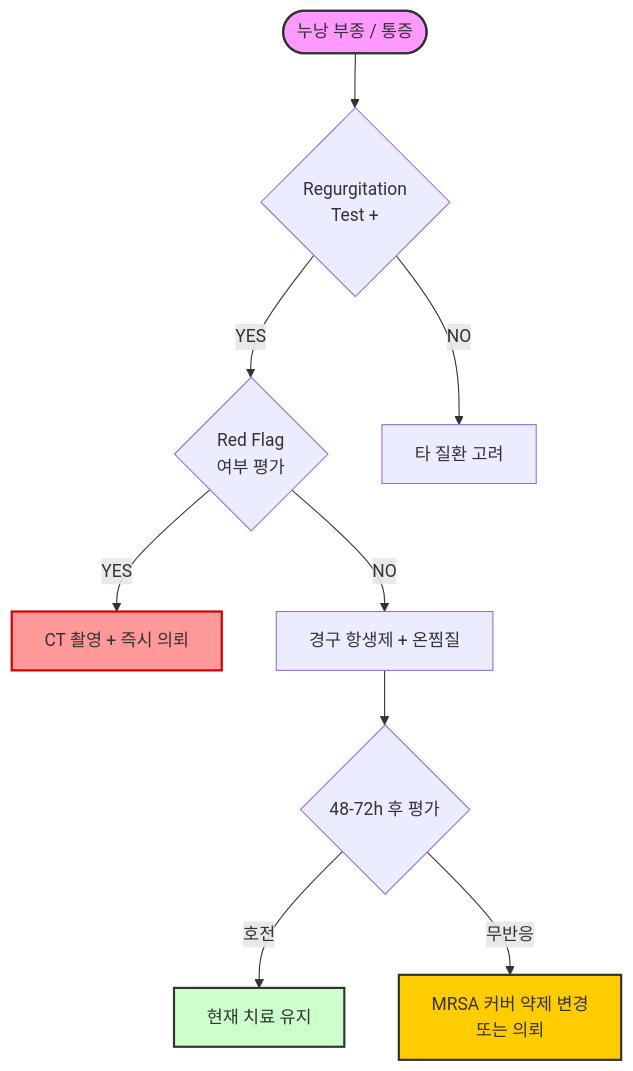
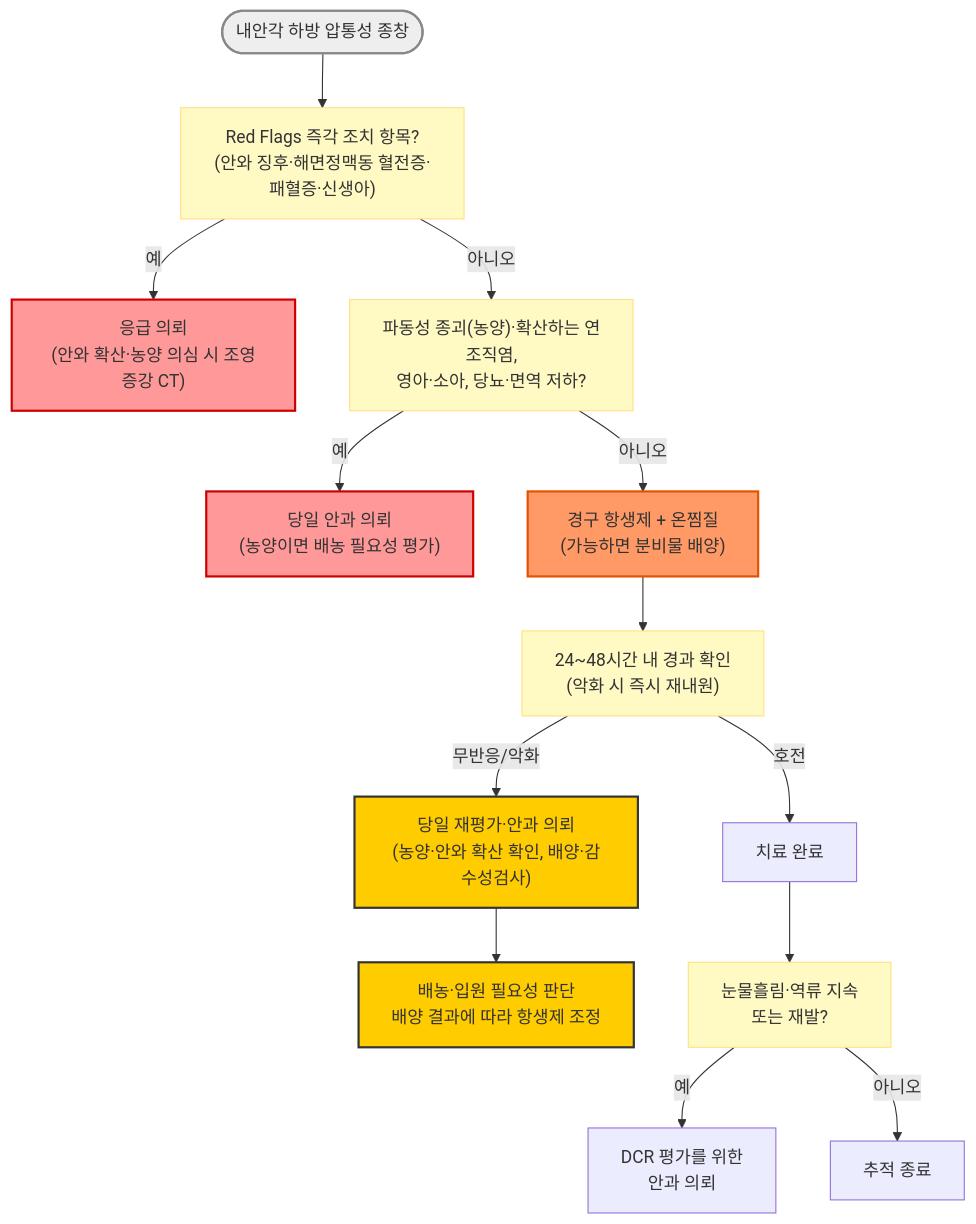
One commit to familyoh77/familyoh77 changed the diagram in 222_/043_-dacryocystitis.md. Above: the diagram before and after it, drawn with Mermaid. The commit also changed other lines of this file, not shown here.

````diff
--- a/222_/043_-dacryocystitis.md
+++ b/222_/043_-dacryocystitis.md
@@ -97,22 +68,26 @@
 ```mermaid
 graph TD
-    A([누낭 부종 / 통증]) --> B{Regurgitation<br/>Test +}
-    
-    B -- YES --> C{Red Flag<br/>여부 평가}
-    B -- NO --> Other[타 질환 고려]
-    
-    C -- YES --> D[CT 촬영 + 즉시 의뢰]
-    
-    C -- NO --> E[경구 항생제 + 온찜질]
-    
-    E --> F{48-72h 후 평가}
-    
-    F -- 호전 --> G[현재 치료 유지]
-    F -- 무반응 --> H[MRSA 커버 약제 변경<br/>또는 의뢰]
+    A([내안각 하방 압통성 종창]) --> B["Red Flags 즉각 조치 항목?<br/>(안와 징후·해면정맥동 혈전증·패혈증·신생아)"]
+    B -- 예 --> C["응급 의뢰<br/>(안와 확산·농양 의심 시 조영증강 CT)"]
+    B -- 아니오 --> D["파동성 종괴(농양)·확산하는 연조직염,<br/>영아·소아, 당뇨·면역 저하?"]
+    D -- 예 --> E["당일 안과 의뢰<br/>(농양이면 배농 필요성 평가)"]
+    D -- 아니오 --> F["경구 항생제 + 온찜질<br/>(가능하면 분비물 배양)"]
+    F --> G["24~48시간 내 경과 확인<br/>(악화 시 즉시 재내원)"]
+    G -- 호전 --> H["치료 완료"]
+    G -- 무반응/악화 --> I["당일 재평가·안과 의뢰<br/>(농양·안와 확산 확인, 배양·감수성검사)"]
+    I --> M["배농·입원 필요성 판단<br/>배양 결과에 따라 항생제 조정"]
+    H --> J["눈물흘림·역류 지속<br/>또는 재발?"]
+    J -- 예 --> K["DCR 평가를 위한<br/>안과 의뢰"]
+    J -- 아니오 --> L["추적 종료"]
 
-    %% 스타일 설정
-    style A fill:#f9f,stroke:#333,stroke-width:2px
-    style D fill:#ff9999,stroke:#c00,stroke-width:2px
-    style H fill:#ffcc00,stroke:#333,stroke-width:2px
-    style G fill:#ccffcc,stroke:#333,stroke-width:2px
+    style A fill:#eeeeee,stroke:#888888,stroke-width:2px
+    style B fill:#fff9c4,stroke:#ffe082
+    style D fill:#fff9c4,stroke:#ffe082
+    style G fill:#fff9c4,stroke:#ffe082
+    style J fill:#fff9c4,stroke:#ffe082
+    style C fill:#ff9999,stroke:#c00,stroke-width:2px
+    style E fill:#ff9999,stroke:#c00,stroke-width:2px
+    style F fill:#f96,stroke:#e65100,stroke-width:2px
+    style I fill:#ffcc00,stroke:#333,stroke-width:2px
+    style M fill:#ffcc00,stroke:#333,stroke-width:2px
 ```
````
